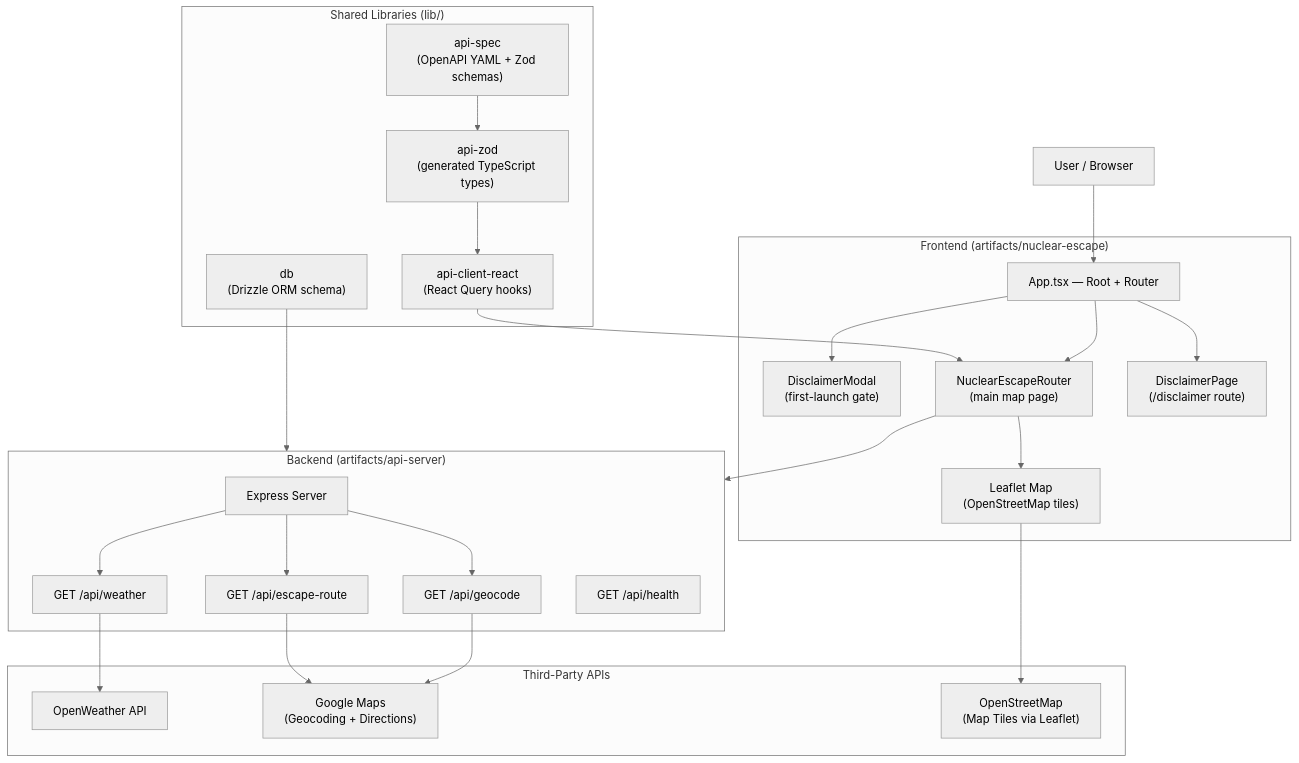
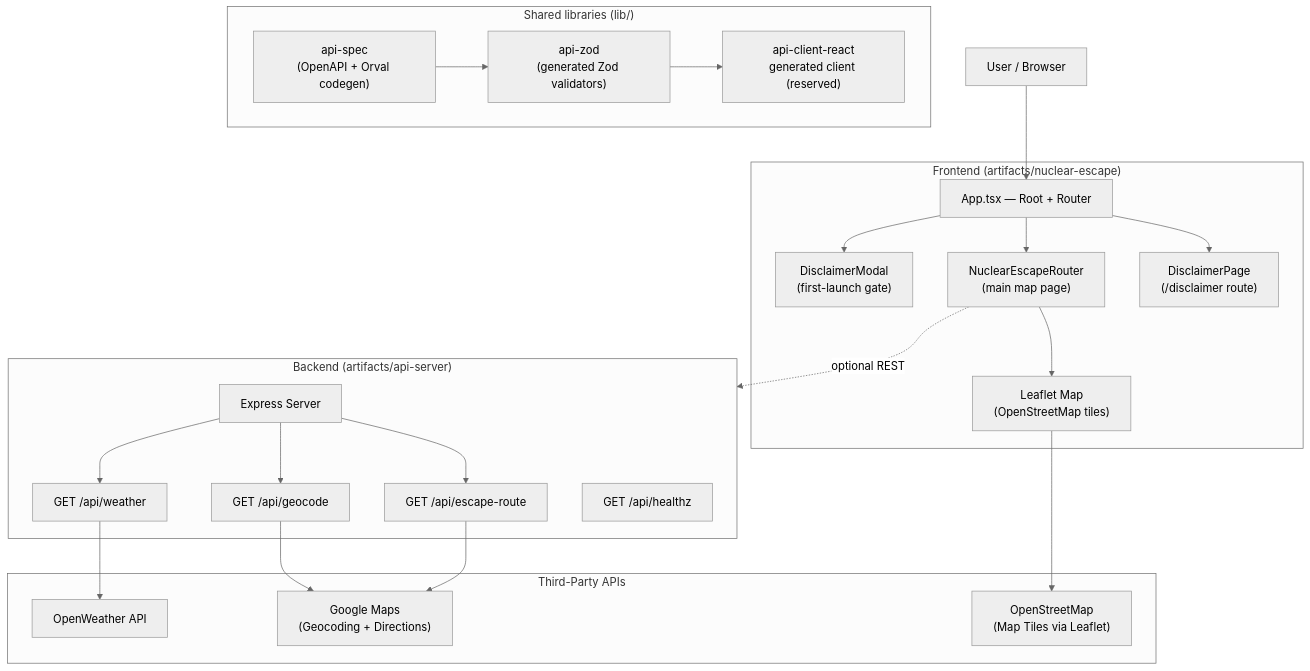
The diagram in docs/ARCHITECTURE.md (Nicolercc/nuclear-shelter-app), drawn with Mermaid (neutral theme) before and after one commit. The commit also changed other lines of this file and 2 other files, not shown here.

Commit message:
docs: document deployment options and add MIT license
Update root README and architecture diagram for split or Docker deploy;
add LICENSE for open-source distribution.

````diff
--- a/docs/ARCHITECTURE.md
+++ b/docs/ARCHITECTURE.md
@@ -11,48 +11,46 @@
 ```mermaid
 graph TD
     User["User / Browser"]
 
     subgraph Frontend ["Frontend (artifacts/nuclear-escape)"]
         App["App.tsx — Root + Router"]
         DisclaimerModal["DisclaimerModal\n(first-launch gate)"]
         NER["NuclearEscapeRouter\n(main map page)"]
         DisclaimerPage["DisclaimerPage\n(/disclaimer route)"]
         Leaflet["Leaflet Map\n(OpenStreetMap tiles)"]
     end
 
     subgraph Backend ["Backend (artifacts/api-server)"]
         Express["Express Server"]
         WeatherRoute["GET /api/weather"]
         GeocodeRoute["GET /api/geocode"]
         EscapeRoute["GET /api/escape-route"]
-        HealthRoute["GET /api/health"]
+        HealthRoute["GET /api/healthz"]
     end
 
     subgraph External ["Third-Party APIs"]
         OpenWeather["OpenWeather API"]
         GoogleMaps["Google Maps\n(Geocoding + Directions)"]
         OSM["OpenStreetMap\n(Map Tiles via Leaflet)"]
     end
 
-    subgraph Shared ["Shared Libraries (lib/)"]
-        ApiSpec["api-spec\n(OpenAPI YAML + Zod schemas)"]
-        ApiZod["api-zod\n(generated TypeScript types)"]
-        ApiClientReact["api-client-react\n(React Query hooks)"]
-        DB["db\n(Drizzle ORM schema)"]
+    subgraph Shared ["Shared libraries (lib/)"]
+        ApiSpec["api-spec\n(OpenAPI + Orval codegen)"]
+        ApiZod["api-zod\n(generated Zod validators)"]
+        ApiClientReact["api-client-react\ngenerated client (reserved)"]
     end
 
     User --> App
     App --> DisclaimerModal
     App --> NER
     App --> DisclaimerPage
     NER --> Leaflet
-    NER --> Backend
+    NER -.->|optional REST| Backend
 
     Express --> WeatherRoute --> OpenWeather
     Express --> GeocodeRoute --> GoogleMaps
     Express --> EscapeRoute --> GoogleMaps
     Leaflet --> OSM
 
-    ApiSpec --> ApiZod --> ApiClientReact --> NER
-    DB --> Backend
+    ApiSpec --> ApiZod --> ApiClientReact
 ```
````
